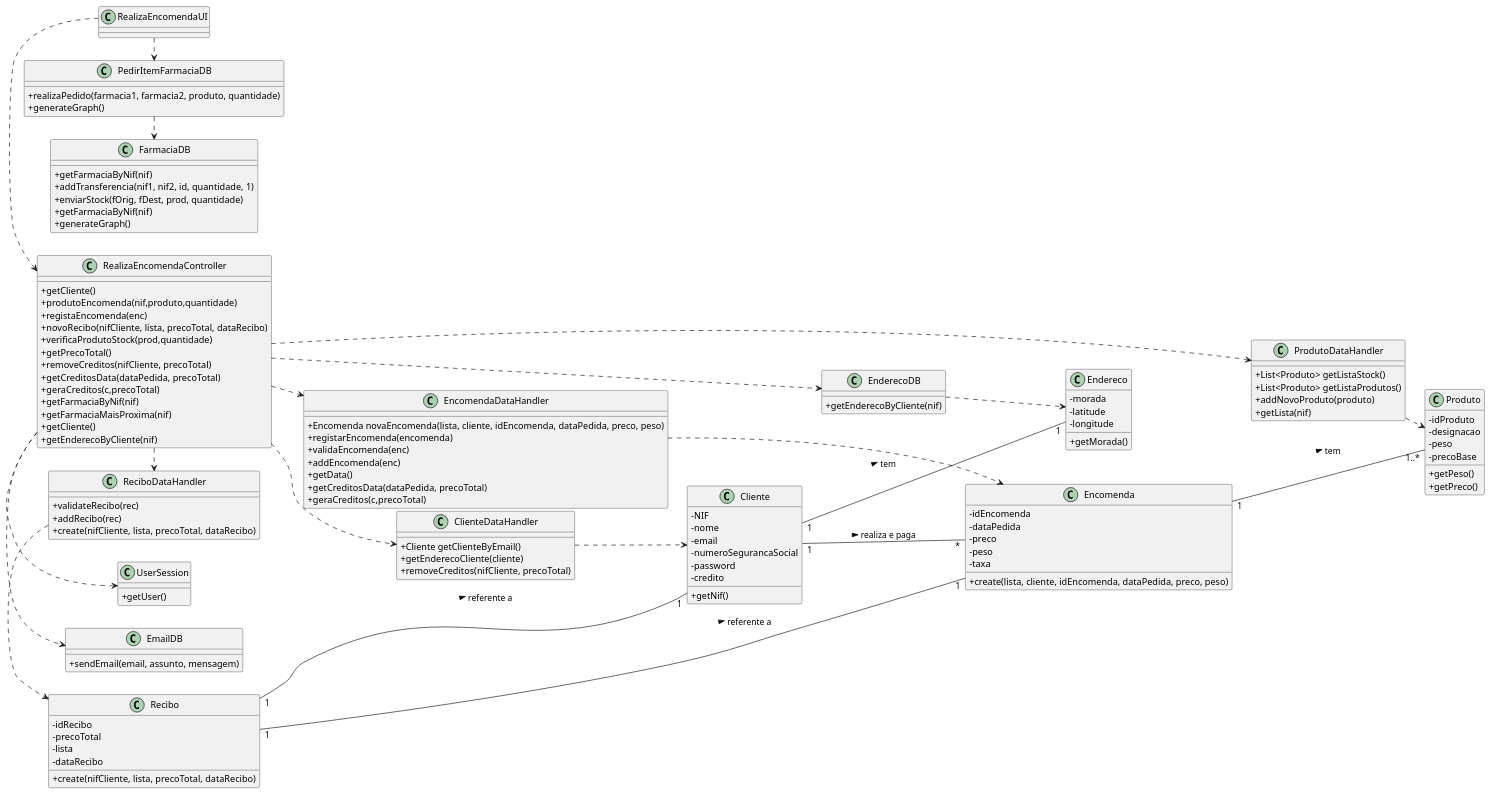
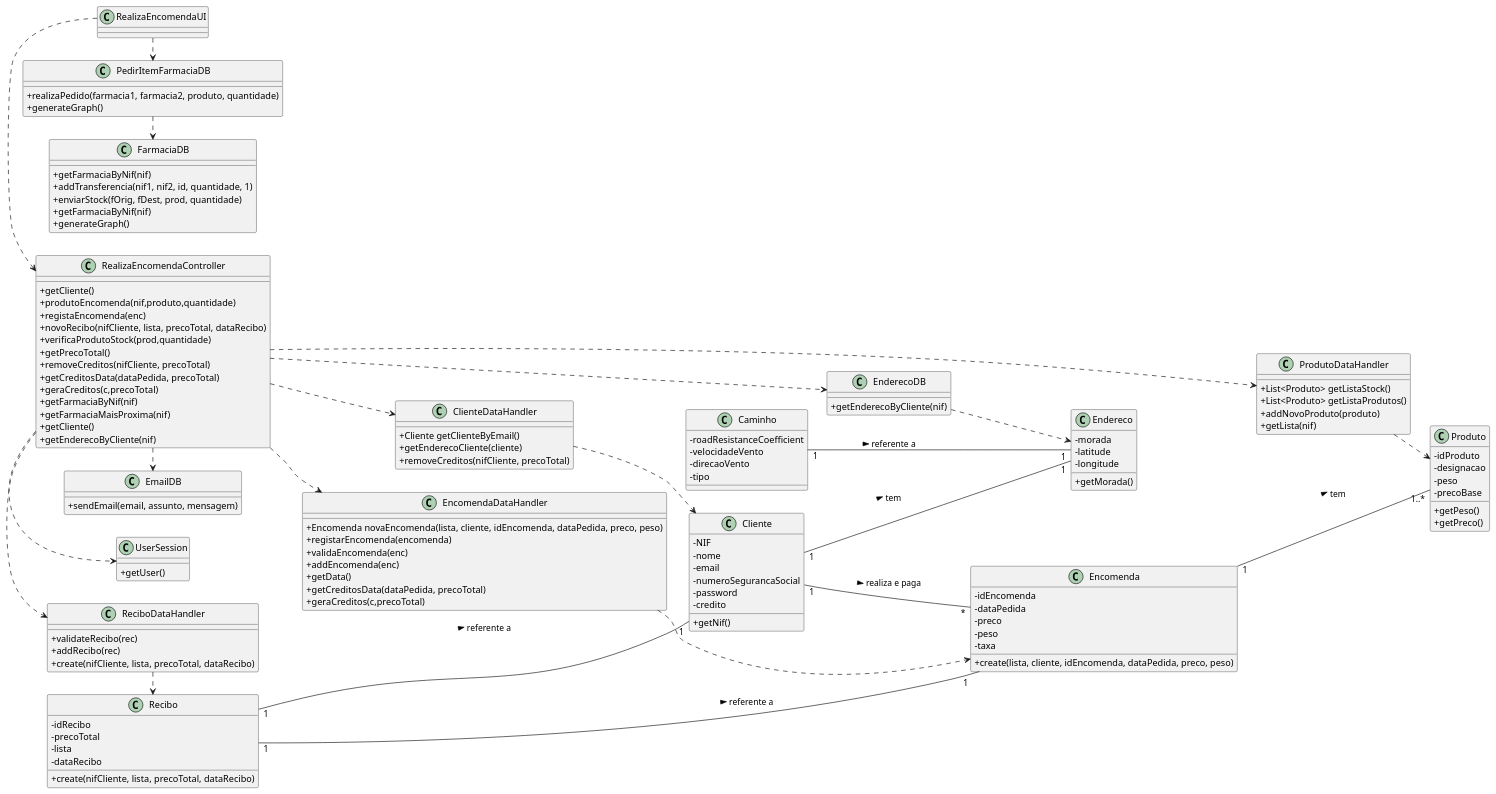
One commit to pedrolemos4/LAPR3 changed the diagram in docs/UC14/CD.puml. Above: the diagram before and after it, drawn with PlantUML. The commit also changed 3 other files, not shown here.

```diff
--- a/docs/UC14/CD.puml
+++ b/docs/UC14/CD.puml
@@ -1,152 +1,160 @@
 @startuml
 skinparam classAttributeIconSize 0
 left to right direction
 
 
 class RealizaEncomendaUI {
     
 }
 
 class RealizaEncomendaController {
     +getCliente()
     +produtoEncomenda(nif,produto,quantidade)
     +registaEncomenda(enc)
     +novoRecibo(nifCliente, lista, precoTotal, dataRecibo)
     +verificaProdutoStock(prod,quantidade)
     +getPrecoTotal()
     +removeCreditos(nifCliente, precoTotal)
     +getCreditosData(dataPedida, precoTotal)
     +geraCreditos(c,precoTotal)
     +getFarmaciaByNif(nif)
     +getFarmaciaMaisProxima(nif)
     +getCliente()
     +getEnderecoByCliente(nif)
 }
 
 class UserSession {
     +getUser()
 }
 
 class ClienteDataHandler {
     +Cliente getClienteByEmail()
     +getEnderecoCliente(cliente)
     +removeCreditos(nifCliente, precoTotal)
 }
 
 class EnderecoDB {
     +getEnderecoByCliente(nif)
 }
 
 class EmailDB {
     +sendEmail(email, assunto, mensagem)
 }
 
 class ReciboDataHandler {
     +validateRecibo(rec)
     +addRecibo(rec)
     +create(nifCliente, lista, precoTotal, dataRecibo)
 }
 
 class ProdutoDataHandler {
     +List<Produto> getListaStock()
     +List<Produto> getListaProdutos()
     +addNovoProduto(produto)
     +getLista(nif)
 }
 
 class EncomendaDataHandler {
     +Encomenda novaEncomenda(lista, cliente, idEncomenda, dataPedida, preco, peso)
     +registarEncomenda(encomenda)
     +validaEncomenda(enc)
     +addEncomenda(enc)
     +getData()
     +getCreditosData(dataPedida, precoTotal)
     +geraCreditos(c,precoTotal)
 }
 
 class FarmaciaDB {
     +getFarmaciaByNif(nif)
     +addTransferencia(nif1, nif2, id, quantidade, 1)
     +enviarStock(fOrig, fDest, prod, quantidade)
     +getFarmaciaByNif(nif)
     +generateGraph()
 }
 
 class PedirItemFarmaciaDB {
     +realizaPedido(farmacia1, farmacia2, produto, quantidade)
     +generateGraph()
 }
 
 class Recibo {
   -idRecibo
   -precoTotal
   -lista
   -dataRecibo
   +create(nifCliente, lista, precoTotal, dataRecibo)
 }
 
 class Encomenda {
   -idEncomenda
   -dataPedida
   -preco
   -peso
   -taxa
   +create(lista, cliente, idEncomenda, dataPedida, preco, peso)
 }
 
 class Produto {
     -idProduto
     -designacao
     -peso
     -precoBase
     +getPeso()
     +getPreco()
 }
 
 class Endereco {
   -morada
   -latitude
   -longitude
   +getMorada()
 }
 
 class Cliente {
   -NIF
   -nome
   -email
   -numeroSegurancaSocial
   -password
   -credito
   +getNif()
 }
 
+class Caminho {
+  -roadResistanceCoefficient
+  -velocidadeVento
+  -direcaoVento
+  -tipo
+}
+
 RealizaEncomendaUI .> RealizaEncomendaController
 
 RealizaEncomendaController .> ClienteDataHandler
 RealizaEncomendaController .> ProdutoDataHandler
 RealizaEncomendaController .> EncomendaDataHandler
 RealizaEncomendaController .> ReciboDataHandler
 RealizaEncomendaController .> EmailDB
 
 RealizaEncomendaController .> EnderecoDB
 
 EnderecoDB .> Endereco
 
 RealizaEncomendaController .> UserSession
 
 RealizaEncomendaUI .> PedirItemFarmaciaDB
 
 PedirItemFarmaciaDB .> FarmaciaDB
 
 ClienteDataHandler .> Cliente
 ProdutoDataHandler .> Produto
 EncomendaDataHandler .> Encomenda
 ReciboDataHandler .> Recibo
 
 Recibo "1" -- "1" Encomenda: referente a >
 Recibo "1" -- "1" Cliente: referente a >
 Cliente "1" -- "*" Encomenda: realiza e paga >
 Encomenda "1" -- "1..*" Produto: tem >
 Cliente "1" -- "1" Endereco: tem >
+Caminho "1" -- "1" Endereco: referente a >
 
 @enduml
```
